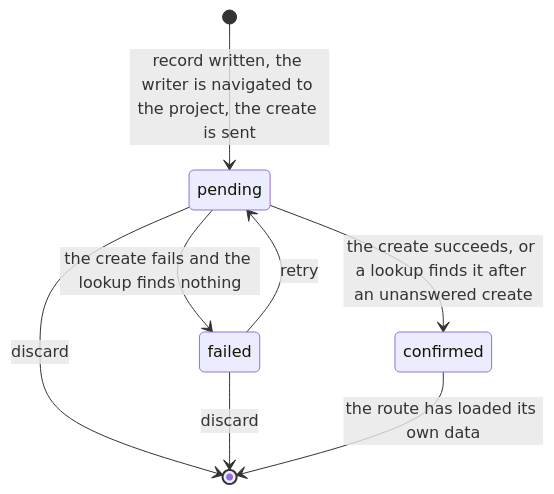
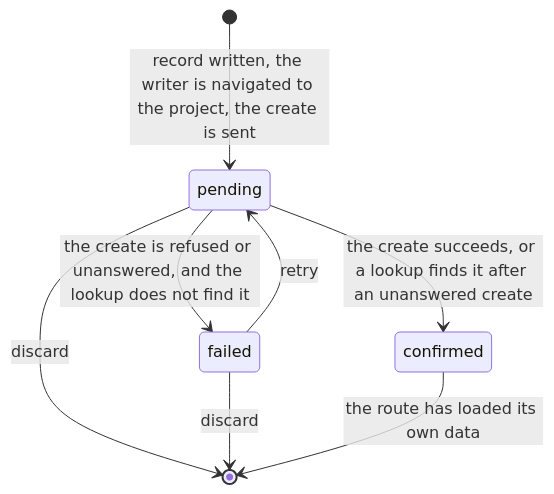
Before and after one commit to haowjy/meridian-flow: the diagram in apps/app/src/client/creation/.context/state-machines.md, drawn with Mermaid. The commit also changed other lines of this file and 27 other files, not shown here.

````diff
--- a/apps/app/src/client/creation/.context/state-machines.md
+++ b/apps/app/src/client/creation/.context/state-machines.md
@@ -7,10 +7,10 @@
 ```mermaid
 stateDiagram-v2
   [*] --> pending: record written, the writer is navigated to the project, the create is sent
   pending --> confirmed: the create succeeds, or a lookup finds it after an unanswered create
-  pending --> failed: the create fails and the lookup finds nothing
+  pending --> failed: the create is refused or unanswered, and the lookup does not find it
   failed --> pending: retry
   pending --> [*]: discard
   failed --> [*]: discard
   confirmed --> [*]: the route has loaded its own data
 ```
````
